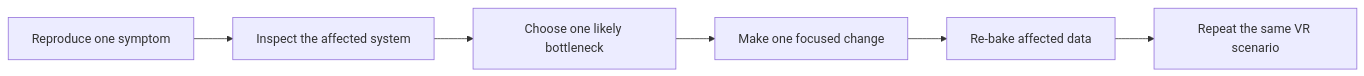
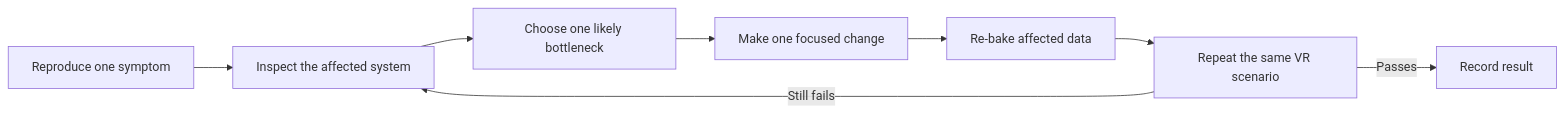
The diagram in docs/maps/performance-and-vr-testing.md (haohlin/H3VR-modding-handbook), drawn with Mermaid before and after one commit. The commit also changed other lines of this file and 15 other files, not shown here.

Commit message:
docs: remove redundant workflow diagrams

```diff
--- a/docs/maps/performance-and-vr-testing.md
+++ b/docs/maps/performance-and-vr-testing.md
@@ -36,8 +27,10 @@
 ~~~mermaid
 flowchart LR
   symptom[Reproduce one symptom] --> inspect[Inspect the affected system]
   inspect --> isolate[Choose one likely bottleneck]
   isolate --> fix[Make one focused change]
   fix --> rebake[Re-bake affected data]
   rebake --> rerun[Repeat the same VR scenario]
+  rerun -->|Still fails| inspect
+  rerun -->|Passes| record[Record result]
 ~~~
```
